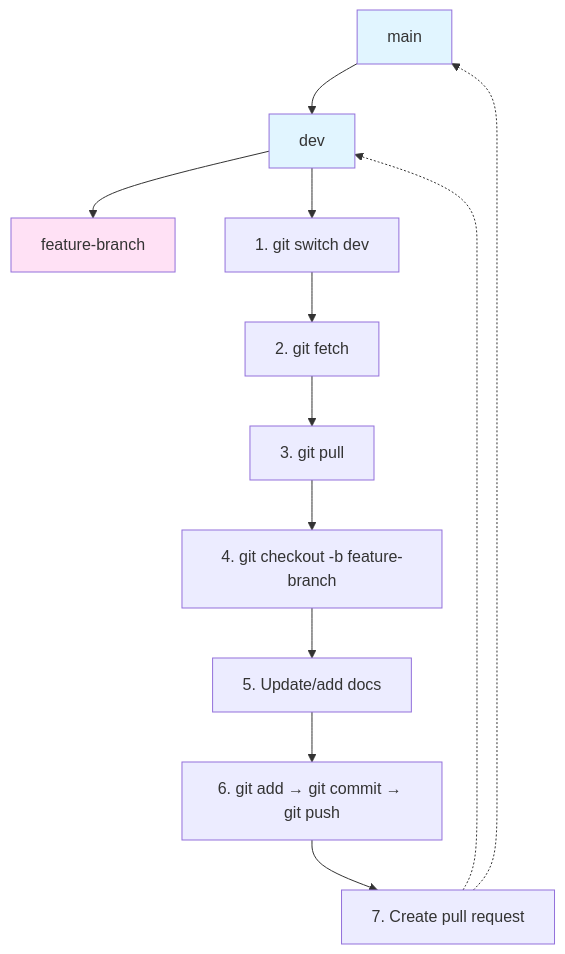
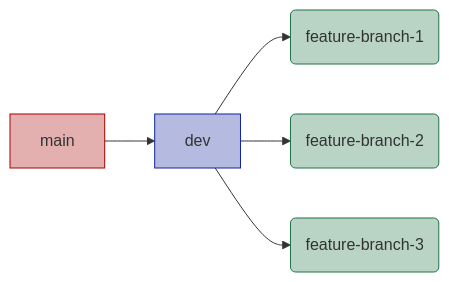
One commit to SANBI-NBA/nba-website changed the diagram in README.md. Above: the diagram before and after it, drawn with Mermaid. The commit also changed other lines of this file and 1 other file, not shown here.

Commit message:
Update Git workflow

````diff
--- a/README.md
+++ b/README.md
@@ -182,19 +161,16 @@
 ```mermaid
-graph TD
-    A[main] --> B[dev]
-    B --> C[feature-branch]
-    
-    B --> D["1. git switch dev"]
-    D --> E["2. git fetch"]
-    E --> F["3. git pull"]
-    F --> G["4. git checkout -b feature-branch"]
-    G --> H["5. Update/add docs"]
-    H --> I["6. git add → git commit → git push"]
-    I --> J["7. Create pull request"]
-    J -.-> B
-    J -.-> A
-    
-    style A fill:#e1f5ff
-    style B fill:#e1f5ff
-    style C fill:#ffe1f5
+flowchart LR
+    A[main] -->B[dev]
+    B --> C(feature-branch-1)
+    B --> D(feature-branch-2)
+    B --> E(feature-branch-3)
+
+classDef red stroke:#A80000,fill:#A8000050
+class A red
+
+classDef blue stroke:#12239E,fill:#12239E50
+class B blue
+
+classDef green stroke:#217346,fill:#21734650
+class C,D,E green
 ```
````
